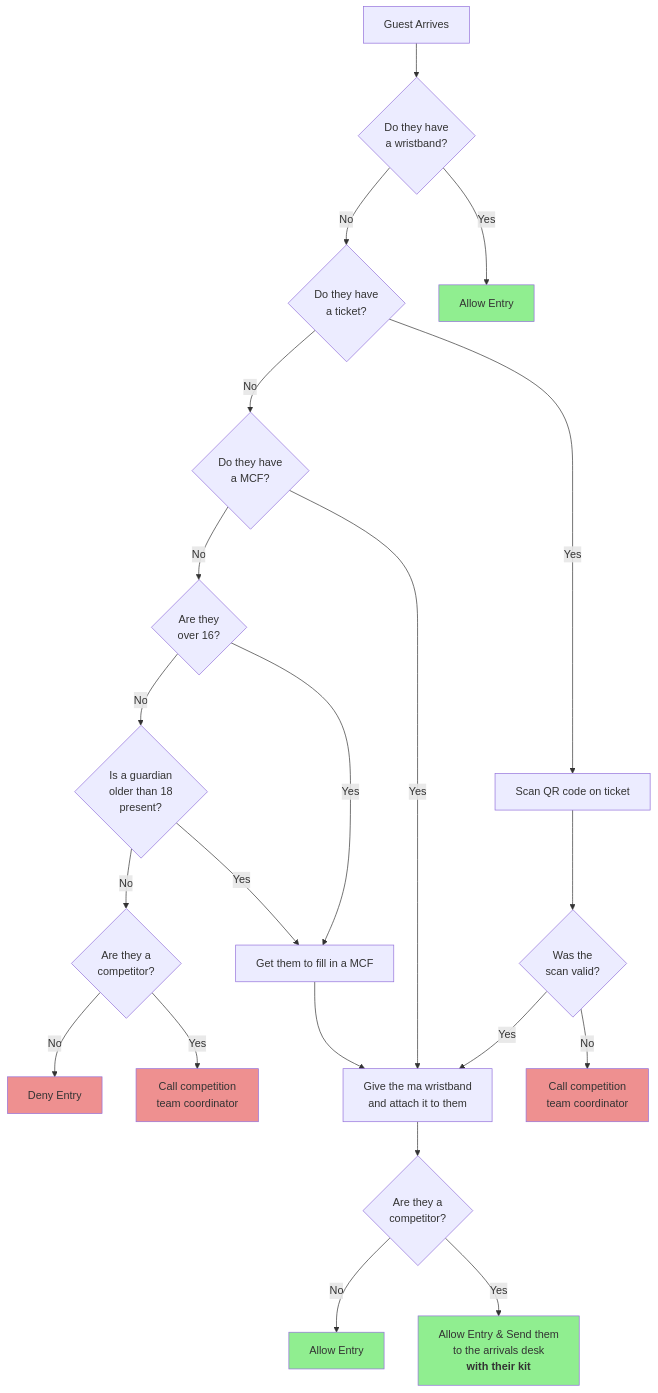
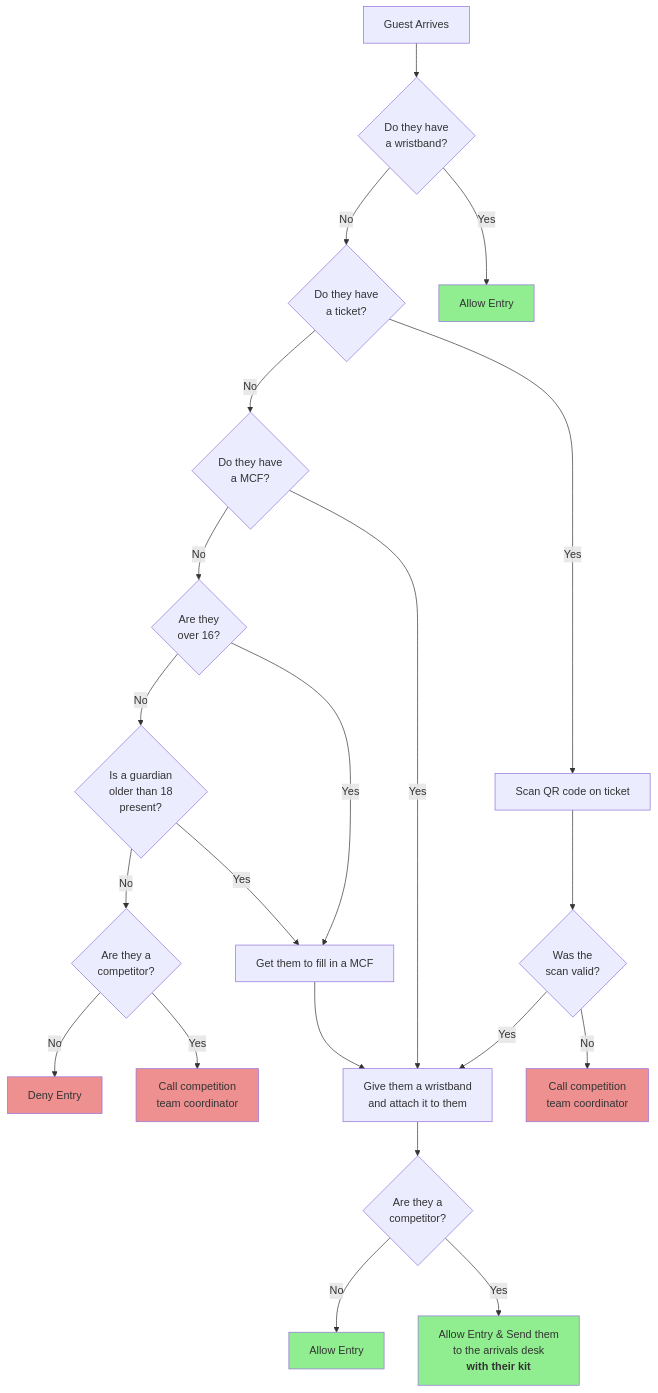
One commit to srobo/runbook changed the diagram in docs/competition/teams/role-descriptions/reception.md. Above: the diagram before and after it, drawn with Mermaid.

````diff
--- a/docs/competition/teams/role-descriptions/reception.md
+++ b/docs/competition/teams/role-descriptions/reception.md
@@ -25,60 +25,60 @@
 ```mermaid
 graph TD
   arrives[Guest Arrives]
   allow-1[Allow Entry]
   allow-2[Allow Entry]
   allow-arrivals-desk["Allow Entry & Send them<br>to the arrivals desk<br><strong>with their kit</strong>"]
   call-coordinator-1["Call competition<br>team coordinator"]
   call-coordinator-2["Call competition<br>team coordinator"]
   deny[Deny Entry]
   q-wristband{"Do they have<br>a wristband?"}
   q-ticket{"Do they have<br>a ticket?"}
   scan-ticket[Scan QR code on ticket]
   q-valid-scan{"Was the<br>scan valid?"}
   q-have-mcf{"Do they have<br>a MCF?"}
   q-over-16{"Are they<br>over 16?"}
   fill-mcf[Get them to fill in a MCF]
-  wristband["Give the ma wristband<br>and attach it to them"]
+  wristband["Give them a wristband<br>and attach it to them"]
   q-competitor-allow{"Are they a<br>competitor?"}
   q-guardian{"Is a guardian<br>older than 18<br>present?"}
   q-competitor-deny{"Are they a<br>competitor?"}
 
   arrives --> q-wristband
 
   q-wristband -- No --> q-ticket
   q-wristband -- Yes --> allow-1
 
   q-ticket -- No --> q-have-mcf
   q-ticket -- Yes --> scan-ticket
 
   scan-ticket --> q-valid-scan
   q-valid-scan -- Yes --> wristband
   q-valid-scan -- No --> call-coordinator-1
 
   q-have-mcf -- No --> q-over-16
   q-have-mcf -- Yes --> wristband
 
   q-over-16 -- No --> q-guardian
 
   q-over-16 -- Yes --> fill-mcf
   fill-mcf --> wristband
 
   q-guardian -- No --> q-competitor-deny
   q-guardian -- Yes --> fill-mcf
 
   q-competitor-deny -- No --> deny
   q-competitor-deny -- Yes --> call-coordinator-2
 
   wristband --> q-competitor-allow
 
   q-competitor-allow -- No --> allow-2
   q-competitor-allow -- Yes --> allow-arrivals-desk
 
   style allow-1 fill:#90EE90;
   style allow-2 fill:#90EE90;
   style allow-arrivals-desk fill:#90EE90;
 
   style call-coordinator-1 fill:#EE9090;
   style call-coordinator-2 fill:#EE9090;
   style deny fill:#EE9090;
 ```
````
